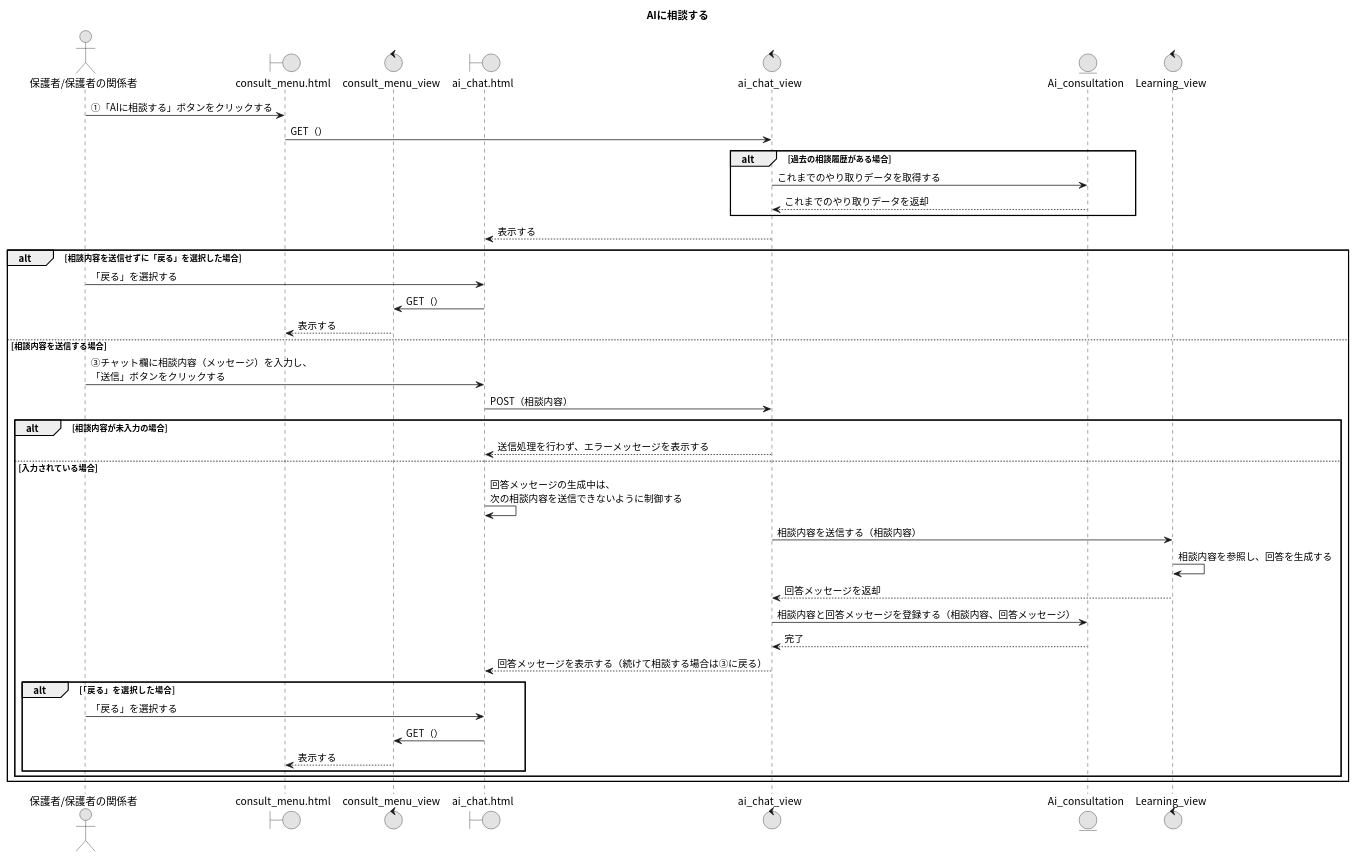
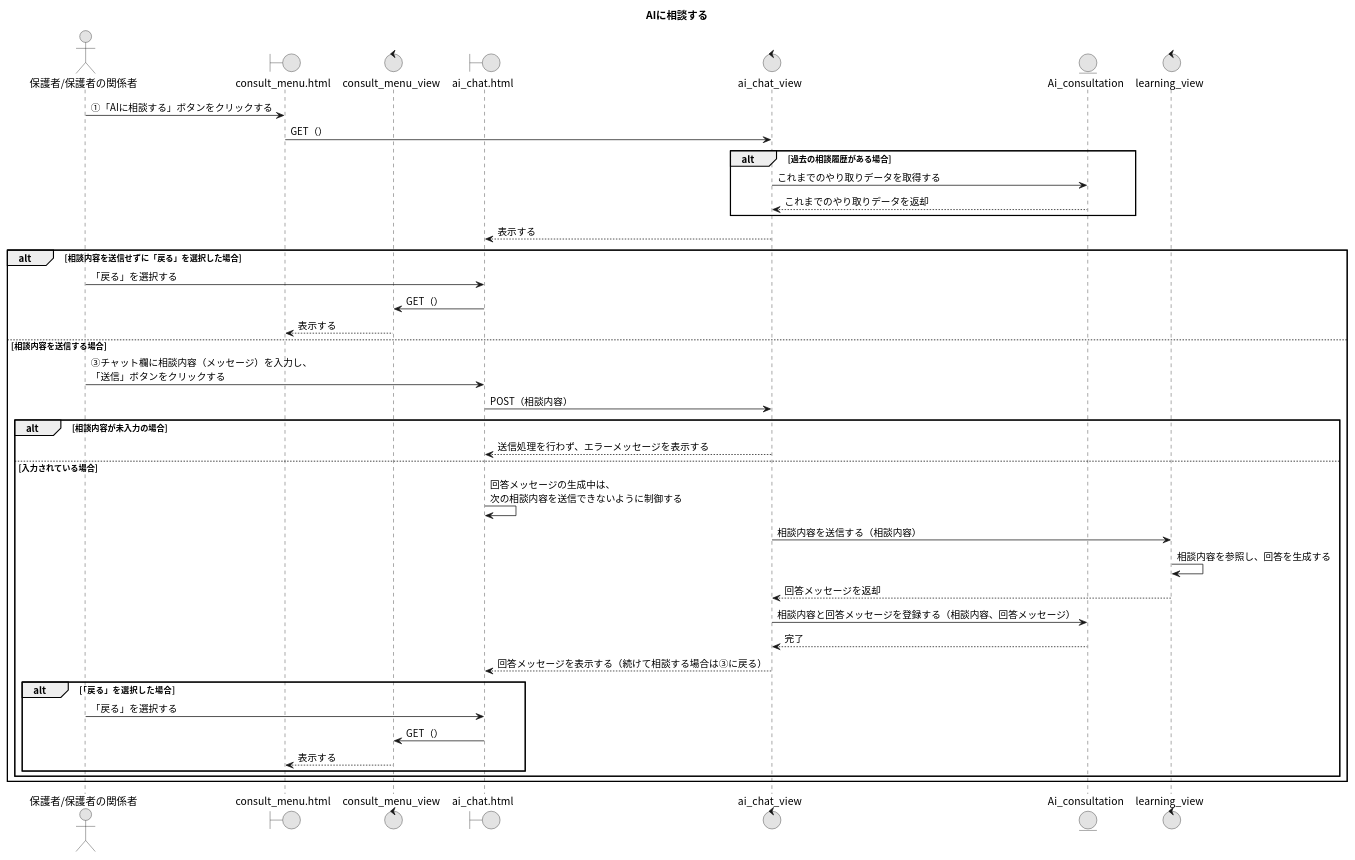
One commit to Ma2naga190330/26_sotugyou_puml changed the diagram in 09_AIに相談する.puml. Above: the diagram before and after it, drawn with PlantUML.

Commit message:
fix : 小文字修正

```diff
--- a/09_AIに相談する.puml
+++ b/09_AIに相談する.puml
@@ -1,46 +1,46 @@
 @startuml
 title AIに相談する
 skinparam defaultFontName "Noto Sans CJK JP"
 skinparam monochrome true
 ' Learningモデルの修正
 actor "保護者/保護者の関係者" as A
 boundary "consult_menu.html" as CMP
 control "consult_menu_view" as CMV
 boundary "ai_chat.html" as ACP
 control "ai_chat_view" as ACV
 entity "Ai_consultation" as ACSM
-control "Learning_view" as LV
+control "learning_view" as LV
 
 A -> CMP : ①「AIに相談する」ボタンをクリックする
 CMP -> ACV : GET（）
 alt 過去の相談履歴がある場合
   ACV -> ACSM : これまでのやり取りデータを取得する
   ACV <-- ACSM : これまでのやり取りデータを返却
 end
 ACV --> ACP : 表示する
 
 alt 相談内容を送信せずに「戻る」を選択した場合
   A -> ACP : 「戻る」を選択する
   ACP -> CMV : GET（）
   CMV --> CMP : 表示する
 else 相談内容を送信する場合
   A -> ACP : ③チャット欄に相談内容（メッセージ）を入力し、\n「送信」ボタンをクリックする
   ACP -> ACV : POST（相談内容）
   alt 相談内容が未入力の場合
     ACV --> ACP : 送信処理を行わず、エラーメッセージを表示する
   else 入力されている場合
     ACP -> ACP : 回答メッセージの生成中は、\n次の相談内容を送信できないように制御する
     ACV -> LV : 相談内容を送信する（相談内容）
     LV -> LV : 相談内容を参照し、回答を生成する
     ACV <-- LV : 回答メッセージを返却
     ACV -> ACSM : 相談内容と回答メッセージを登録する（相談内容、回答メッセージ）
     ACV <-- ACSM : 完了
     ACV --> ACP : 回答メッセージを表示する（続けて相談する場合は③に戻る）
     alt 「戻る」を選択した場合
       A -> ACP : 「戻る」を選択する
       ACP -> CMV : GET（）
       CMV --> CMP : 表示する
     end
   end
 end
 @enduml
```
